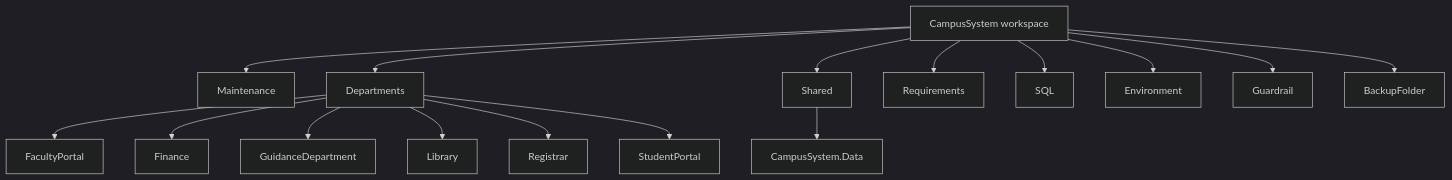
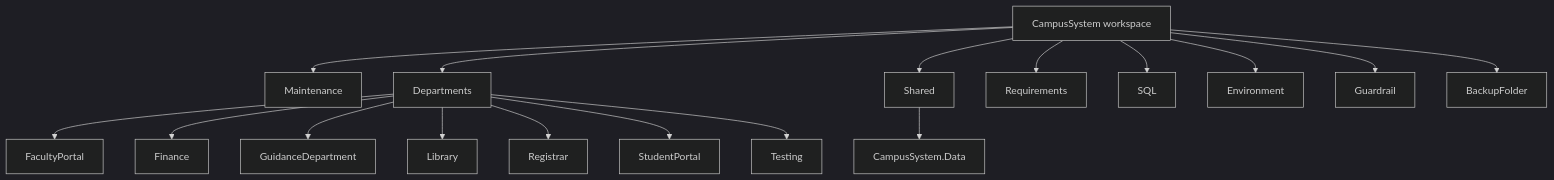
The diagram in CampusSystem-Project-Map.md (genesisseat/CampusSystem), drawn with Mermaid (dark theme) before and after one commit. The commit also changed other lines of this file and 28 other files, not shown here.

````diff
--- a/CampusSystem-Project-Map.md
+++ b/CampusSystem-Project-Map.md
@@ -9,18 +9,19 @@
 ```mermaid
 flowchart TD
     A[CampusSystem workspace] --> B[Maintenance]
     A --> C[Departments]
     A --> O[Shared]
     O --> P[CampusSystem.Data]
     C --> D[FacultyPortal]
     C --> E[Finance]
     C --> F[GuidanceDepartment]
     C --> G[Library]
     C --> H[Registrar]
     C --> I[StudentPortal]
+    C --> T[Testing]
     A --> J[Requirements]
     A --> K[SQL]
     A --> L[Environment]
     A --> M[Guardrail]
     A --> N[BackupFolder]
 ```
````
